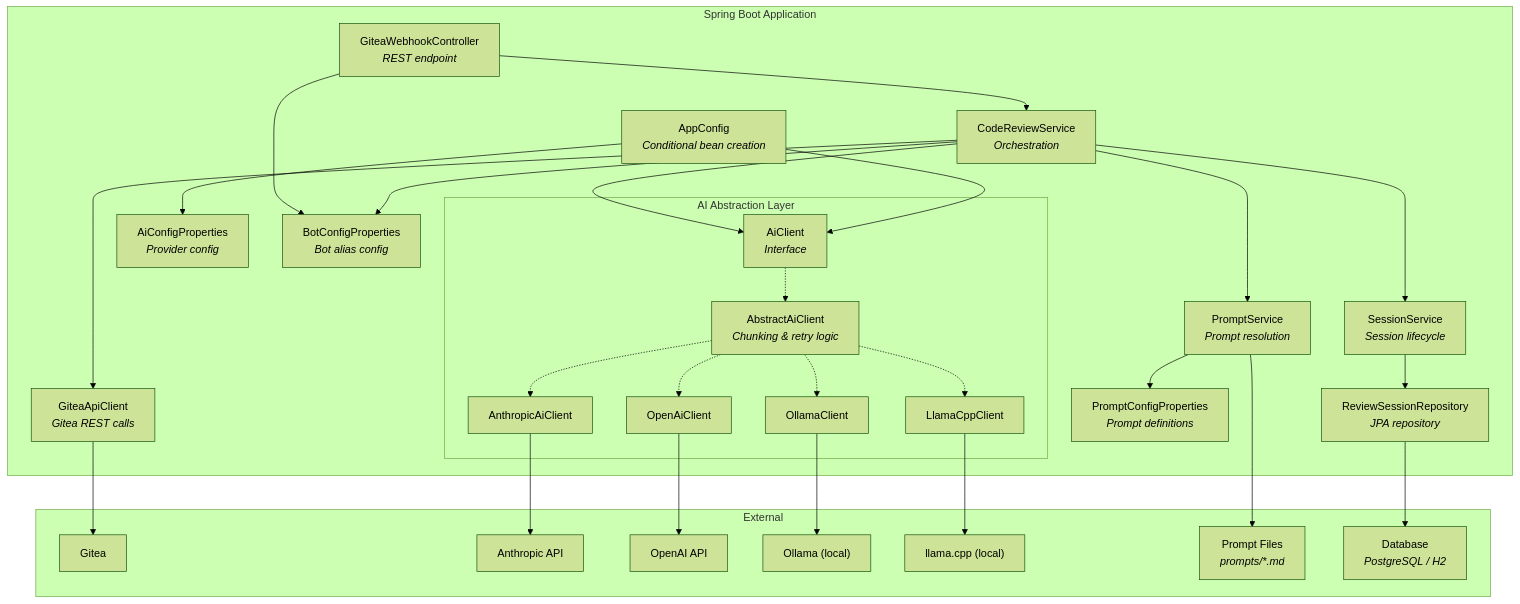
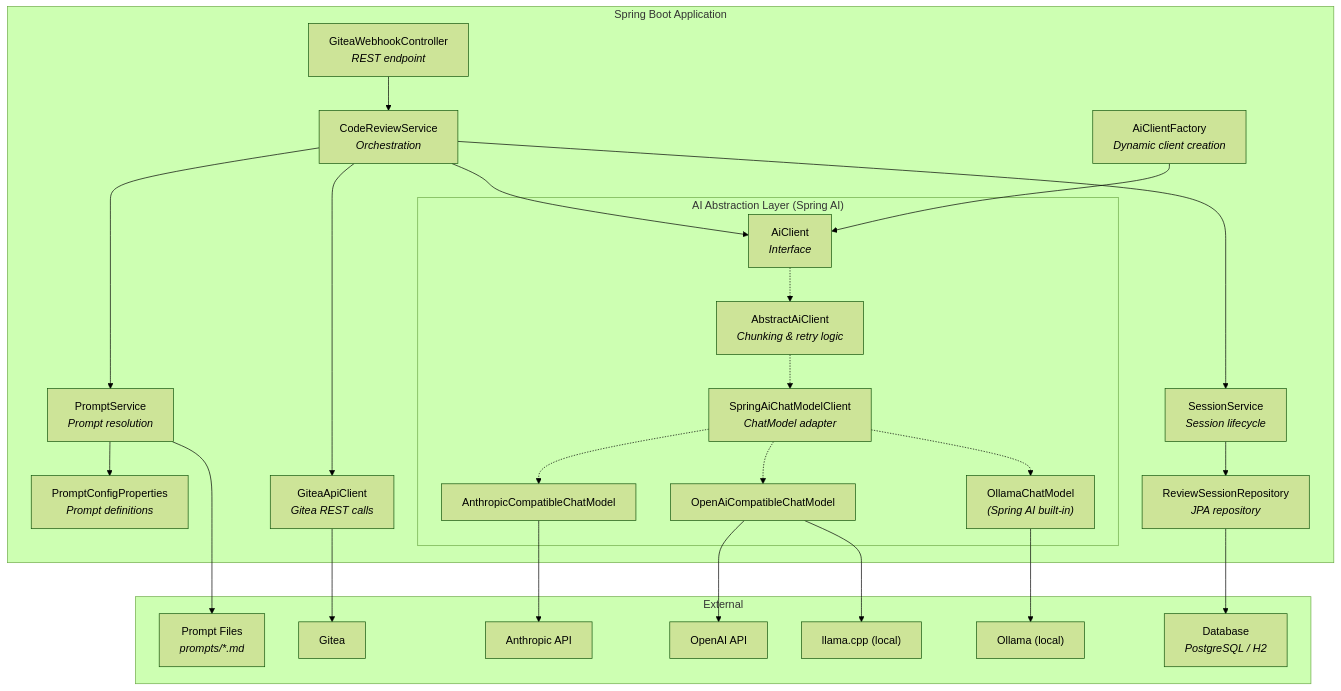
One commit to tmseidel/ai-gitea-bot changed the second of 12 diagrams in doc/ARCHITECTURE.md. Above: the diagram before and after it, drawn with Mermaid (forest theme). The commit also changed other lines of this file and 2 other files, not shown here.

First line of the commit message:
Update ARCHITECTURE.md for Spring AI migration, add API key validation, fix integration test

````diff
--- a/doc/ARCHITECTURE.md
+++ b/doc/ARCHITECTURE.md
@@ -30,59 +30,54 @@
 ```mermaid
 graph TD
     subgraph "Spring Boot Application"
         Controller["GiteaWebhookController<br/><i>REST endpoint</i>"]
         ReviewService["CodeReviewService<br/><i>Orchestration</i>"]
         SessionService["SessionService<br/><i>Session lifecycle</i>"]
         PromptService["PromptService<br/><i>Prompt resolution</i>"]
         GiteaClient["GiteaApiClient<br/><i>Gitea REST calls</i>"]
 
-        subgraph "AI Abstraction Layer"
+        subgraph "AI Abstraction Layer (Spring AI)"
             AiInterface["AiClient<br/><i>Interface</i>"]
             AbstractClient["AbstractAiClient<br/><i>Chunking & retry logic</i>"]
-            AnthropicImpl["AnthropicAiClient"]
-            OpenAiImpl["OpenAiClient"]
-            OllamaImpl["OllamaClient"]
-            LlamaCppImpl["LlamaCppClient"]
+            SpringAiAdapter["SpringAiChatModelClient<br/><i>ChatModel adapter</i>"]
+            AnthropicCompat["AnthropicCompatibleChatModel"]
+            OpenAiCompat["OpenAiCompatibleChatModel"]
+            OllamaModel["OllamaChatModel<br/><i>(Spring AI built-in)</i>"]
         end
 
-        AppConfig["AppConfig<br/><i>Conditional bean creation</i>"]
-        AiConfig["AiConfigProperties<br/><i>Provider config</i>"]
+        AiFactory["AiClientFactory<br/><i>Dynamic client creation</i>"]
         PromptConfig["PromptConfigProperties<br/><i>Prompt definitions</i>"]
-        BotConfig["BotConfigProperties<br/><i>Bot alias config</i>"]
         SessionRepo["ReviewSessionRepository<br/><i>JPA repository</i>"]
     end
 
     subgraph "External"
         Gitea["Gitea"]
         Anthropic["Anthropic API"]
         OpenAI["OpenAI API"]
         Ollama["Ollama (local)"]
         LlamaCpp["llama.cpp (local)"]
         PromptFiles["Prompt Files<br/><i>prompts/*.md</i>"]
         DB["Database<br/><i>PostgreSQL / H2</i>"]
     end
 
     Controller --> ReviewService
-    Controller --> BotConfig
-    ReviewService --> BotConfig
     ReviewService --> PromptService
     ReviewService --> GiteaClient
     ReviewService --> AiInterface
     ReviewService --> SessionService
     SessionService --> SessionRepo
     SessionRepo --> DB
     PromptService --> PromptConfig
     PromptService --> PromptFiles
     GiteaClient --> Gitea
     AiInterface -.-> AbstractClient
-    AbstractClient -.-> AnthropicImpl
-    AbstractClient -.-> OpenAiImpl
-    AbstractClient -.-> OllamaImpl
-    AbstractClient -.-> LlamaCppImpl
-    AnthropicImpl --> Anthropic
-    OpenAiImpl --> OpenAI
-    OllamaImpl --> Ollama
-    LlamaCppImpl --> LlamaCpp
-    AppConfig --> AiConfig
-    AppConfig --> AiInterface
+    AbstractClient -.-> SpringAiAdapter
+    SpringAiAdapter -.-> AnthropicCompat
+    SpringAiAdapter -.-> OpenAiCompat
+    SpringAiAdapter -.-> OllamaModel
+    AnthropicCompat --> Anthropic
+    OpenAiCompat --> OpenAI
+    OpenAiCompat --> LlamaCpp
+    OllamaModel --> Ollama
+    AiFactory --> AiInterface
 ```
````
